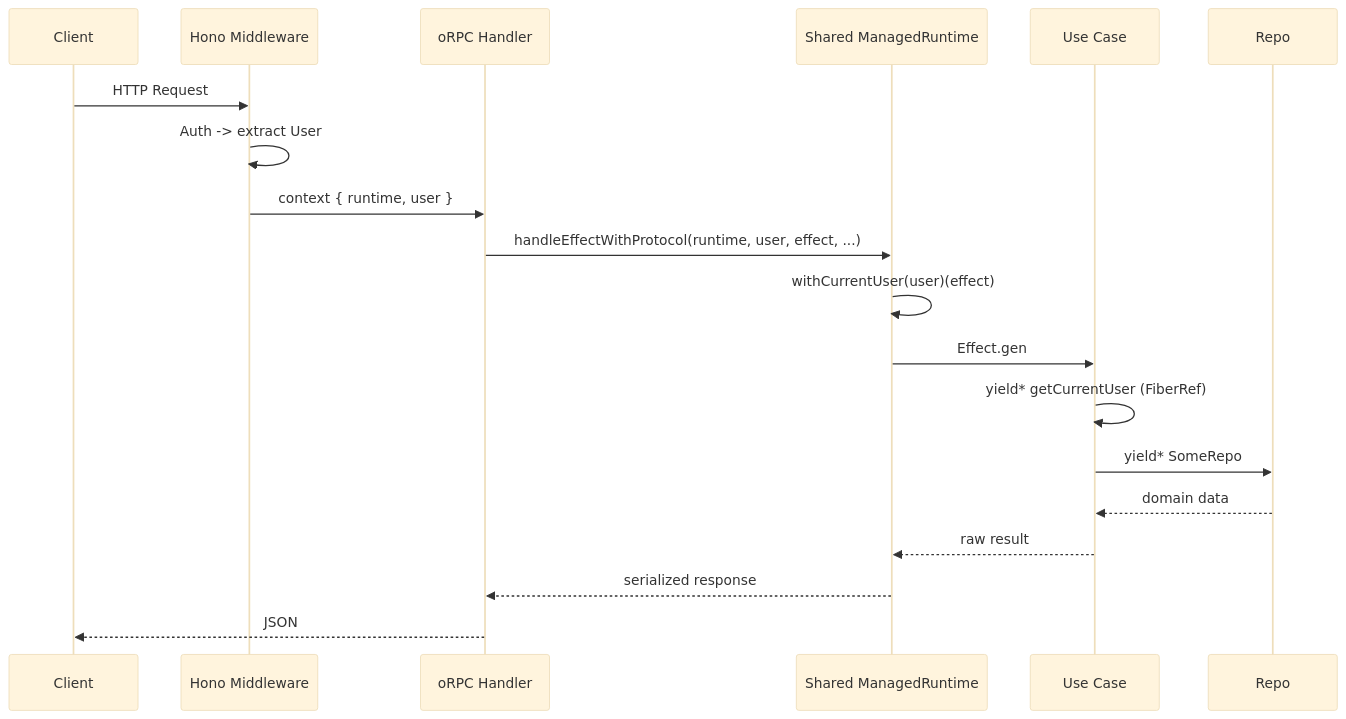
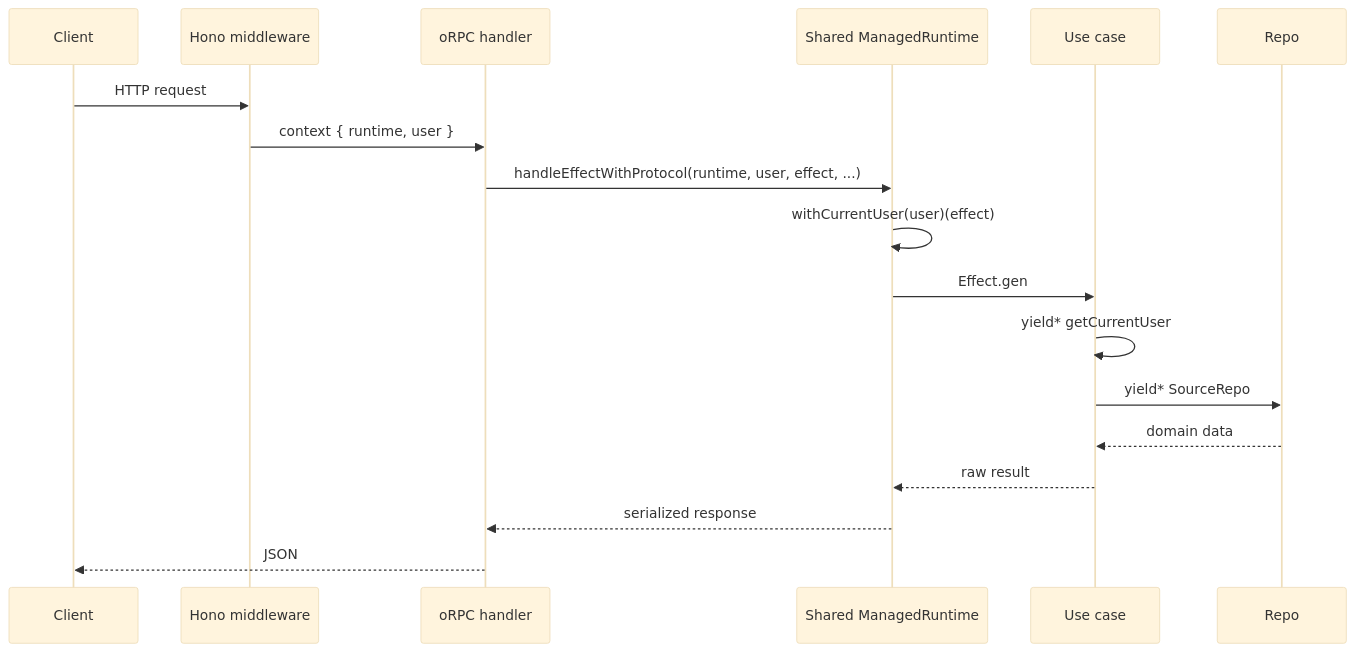
One commit to brandonbryant12/content-studio changed the diagram in docs/patterns/effect-runtime.md. Above: the diagram before and after it, drawn with Mermaid (base theme). The commit also changed other lines of this file and 109 other files, not shown here.

````diff
--- a/docs/patterns/effect-runtime.md
+++ b/docs/patterns/effect-runtime.md
@@ -3,22 +3,21 @@
 ```mermaid
 sequenceDiagram
   participant Client
-  participant Hono as Hono Middleware
-  participant Handler as oRPC Handler
+  participant Hono as Hono middleware
+  participant Handler as oRPC handler
   participant RT as Shared ManagedRuntime
-  participant UC as Use Case
+  participant UC as Use case
   participant Repo
 
-  Client->>Hono: HTTP Request
-  Hono->>Hono: Auth -> extract User
+  Client->>Hono: HTTP request
   Hono->>Handler: context { runtime, user }
   Handler->>RT: handleEffectWithProtocol(runtime, user, effect, ...)
   RT->>RT: withCurrentUser(user)(effect)
   RT->>UC: Effect.gen
-  UC->>UC: yield* getCurrentUser (FiberRef)
-  UC->>Repo: yield* SomeRepo
+  UC->>UC: yield* getCurrentUser
+  UC->>Repo: yield* SourceRepo
   Repo-->>UC: domain data
   UC-->>RT: raw result
   RT-->>Handler: serialized response
   Handler-->>Client: JSON
 ```
````
